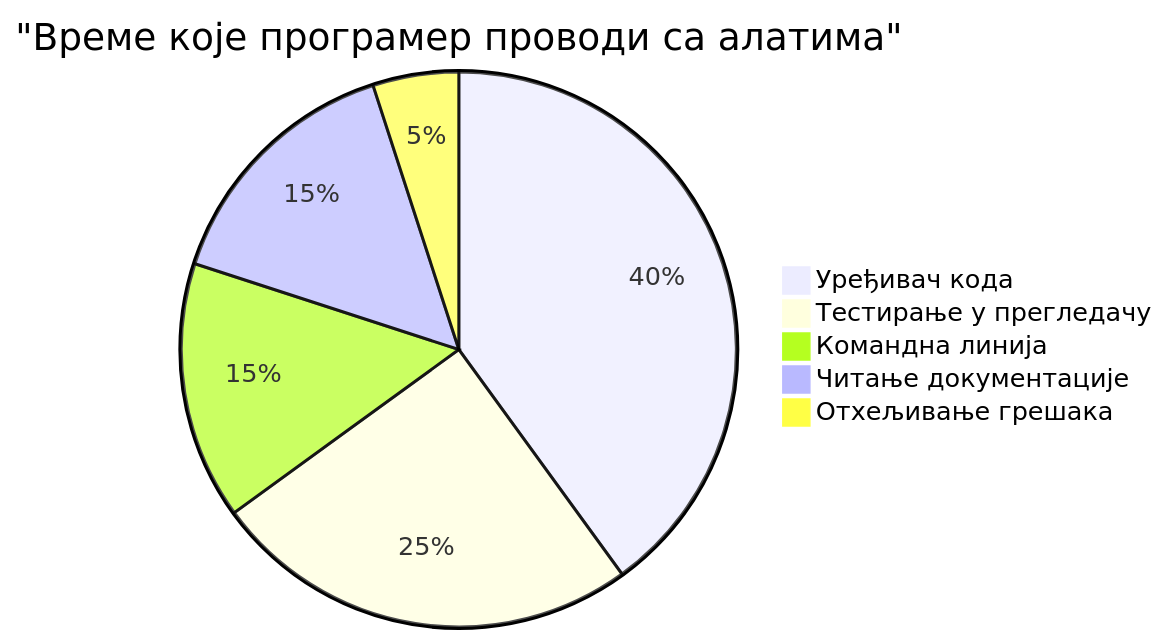
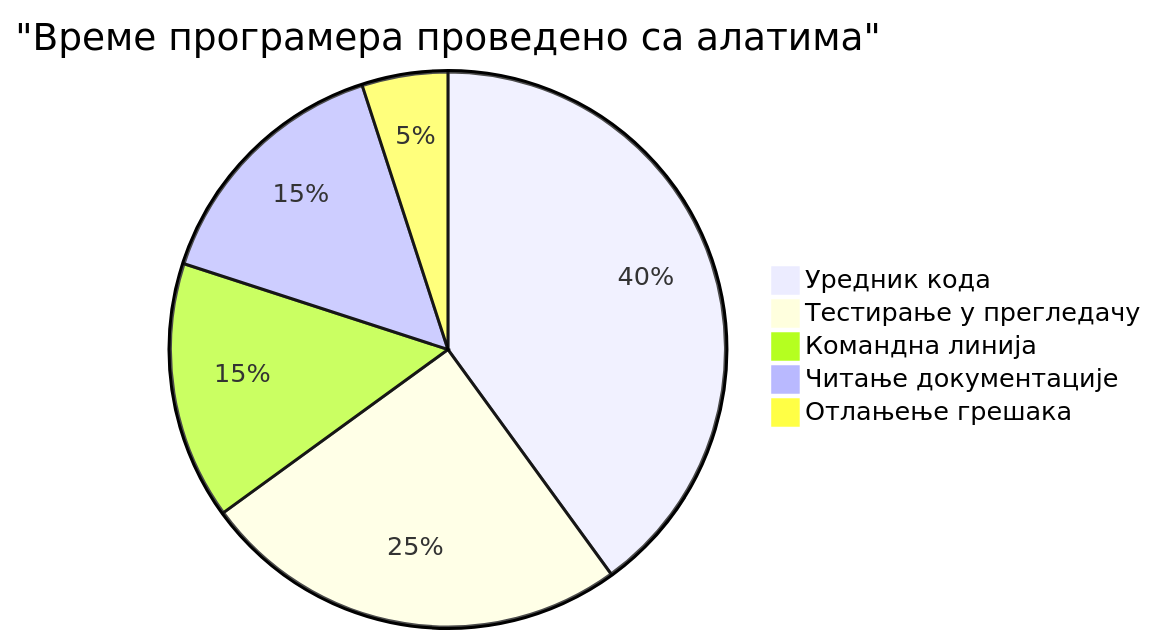
Before and after one commit to microsoft/Web-Dev-For-Beginners: the sixth of 7 diagrams in translations/sr/1-getting-started-lessons/1-intro-to-programming-languages/README.md, drawn with Mermaid. The commit also changed other lines of this file and 11 other files, not shown here.

````diff
--- a/translations/sr/1-getting-started-lessons/1-intro-to-programming-languages/README.md
+++ b/translations/sr/1-getting-started-lessons/1-intro-to-programming-languages/README.md
@@ -711,8 +713,8 @@
 ```mermaid
-pie title "Време које програмер проводи са алатима"
-    "Уређивач кода" : 40
+pie title "Време програмера проведено са алатима"
+    "Уредник кода" : 40
     "Тестирање у прегледачу" : 25
     "Командна линија" : 15
     "Читање документације" : 15
-    "Отхељивање грешака" : 5
+    "Отлањење грешака" : 5
 ```
````
